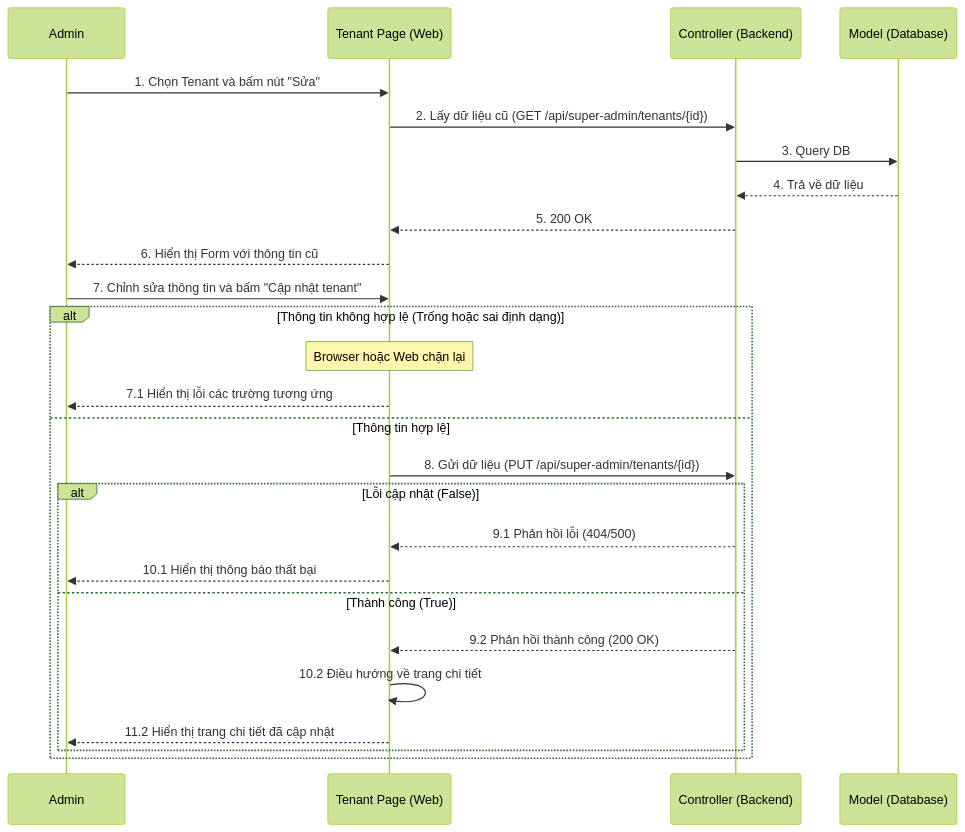
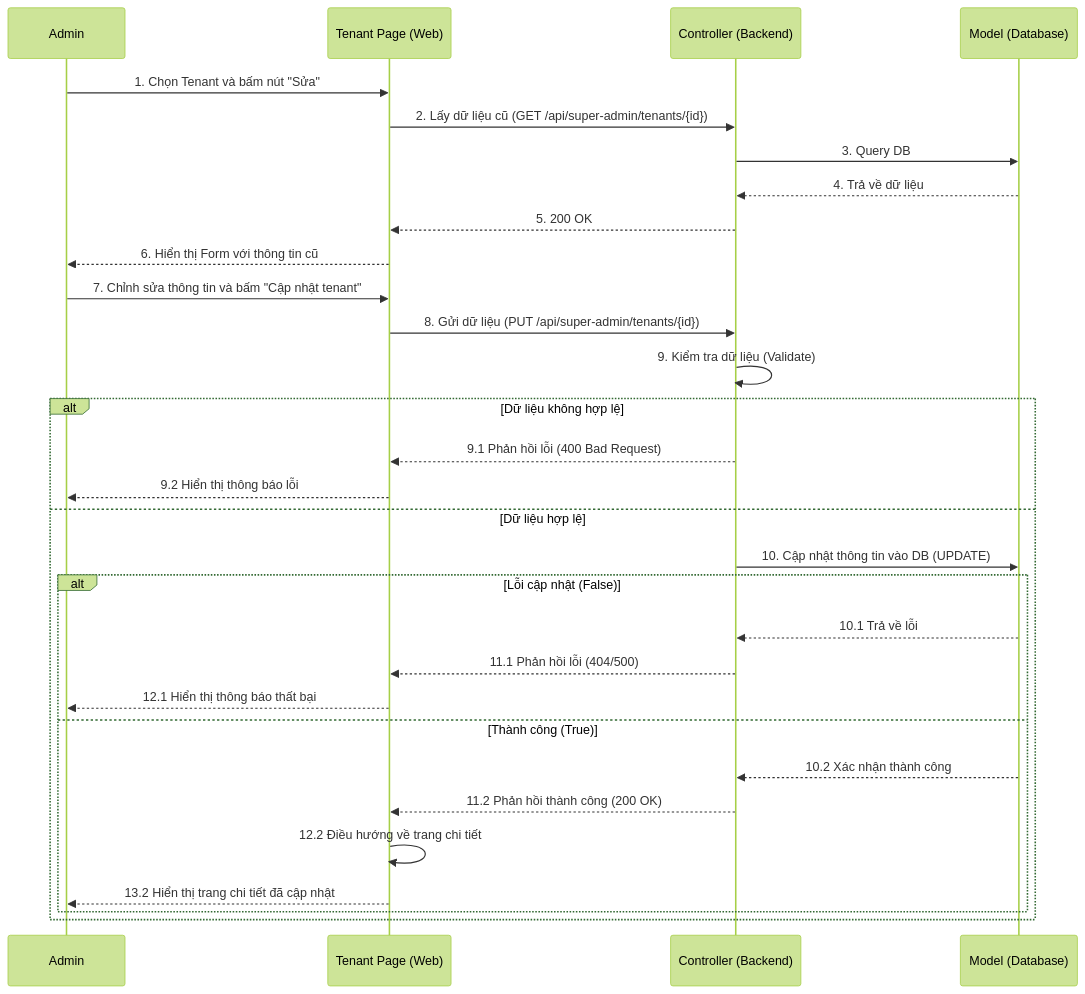
The fourth of 18 diagrams in documents/sequence-diagrams.md (ngogiaquyen/acw-srs), drawn with Mermaid (forest theme) before and after one commit. The commit also changed other lines of this file and 23 other files, not shown here.

````diff
--- a/documents/sequence-diagrams.md
+++ b/documents/sequence-diagrams.md
@@ -116,32 +116,36 @@
 ```mermaid
 sequenceDiagram
     participant A as Admin
     participant W as Tenant Page (Web)
     participant B as Controller (Backend)
     participant D as Model (Database)
 
     A->>W: 1. Chọn Tenant và bấm nút "Sửa"
     W->>B: 2. Lấy dữ liệu cũ (GET /api/super-admin/tenants/{id})
     B->>D: 3. Query DB
     D-->>B: 4. Trả về dữ liệu
     B-->>W: 5. 200 OK
     W-->>A: 6. Hiển thị Form với thông tin cũ
 
     A->>W: 7. Chỉnh sửa thông tin và bấm "Cập nhật tenant"
+    W->>B: 8. Gửi dữ liệu (PUT /api/super-admin/tenants/{id})
+    B->>B: 9. Kiểm tra dữ liệu (Validate)
 
-    alt Thông tin không hợp lệ (Trống hoặc sai định dạng)
-        Note over W: Browser hoặc Web chặn lại
-        W-->>A: 7.1 Hiển thị lỗi các trường tương ứng
-    else Thông tin hợp lệ
-        W->>B: 8. Gửi dữ liệu (PUT /api/super-admin/tenants/{id})
+    alt Dữ liệu không hợp lệ
+        B-->>W: 9.1 Phản hồi lỗi (400 Bad Request)
+        W-->>A: 9.2 Hiển thị thông báo lỗi
+    else Dữ liệu hợp lệ
+        B->>D: 10. Cập nhật thông tin vào DB (UPDATE)
 
         alt Lỗi cập nhật (False)
-            B-->>W: 9.1 Phản hồi lỗi (404/500)
-            W-->>A: 10.1 Hiển thị thông báo thất bại
+            D-->>B: 10.1 Trả về lỗi
+            B-->>W: 11.1 Phản hồi lỗi (404/500)
+            W-->>A: 12.1 Hiển thị thông báo thất bại
         else Thành công (True)
-            B-->>W: 9.2 Phản hồi thành công (200 OK)
-            W->>W: 10.2 Điều hướng về trang chi tiết
-            W-->>A: 11.2 Hiển thị trang chi tiết đã cập nhật
+            D-->>B: 10.2 Xác nhận thành công
+            B-->>W: 11.2 Phản hồi thành công (200 OK)
+            W->>W: 12.2 Điều hướng về trang chi tiết
+            W-->>A: 13.2 Hiển thị trang chi tiết đã cập nhật
         end
     end
 ```
````
